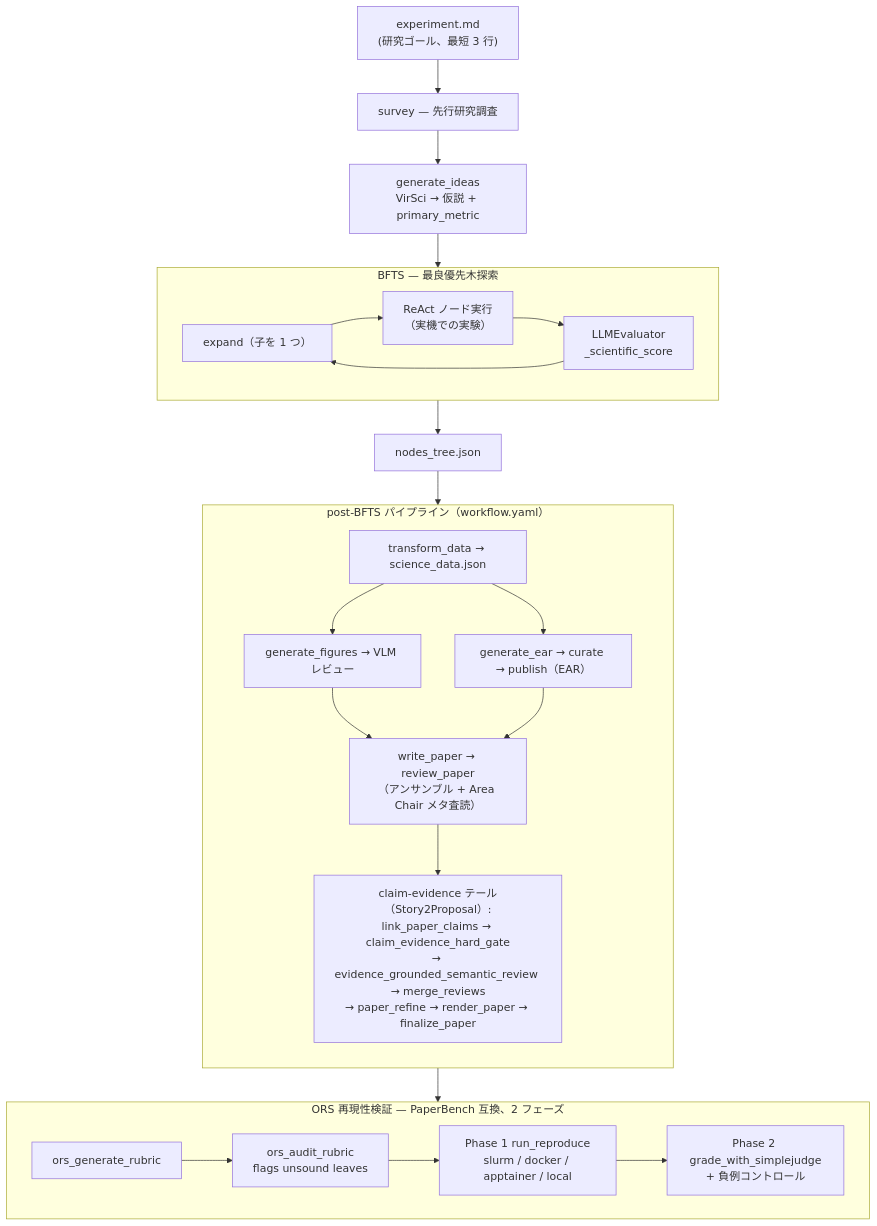
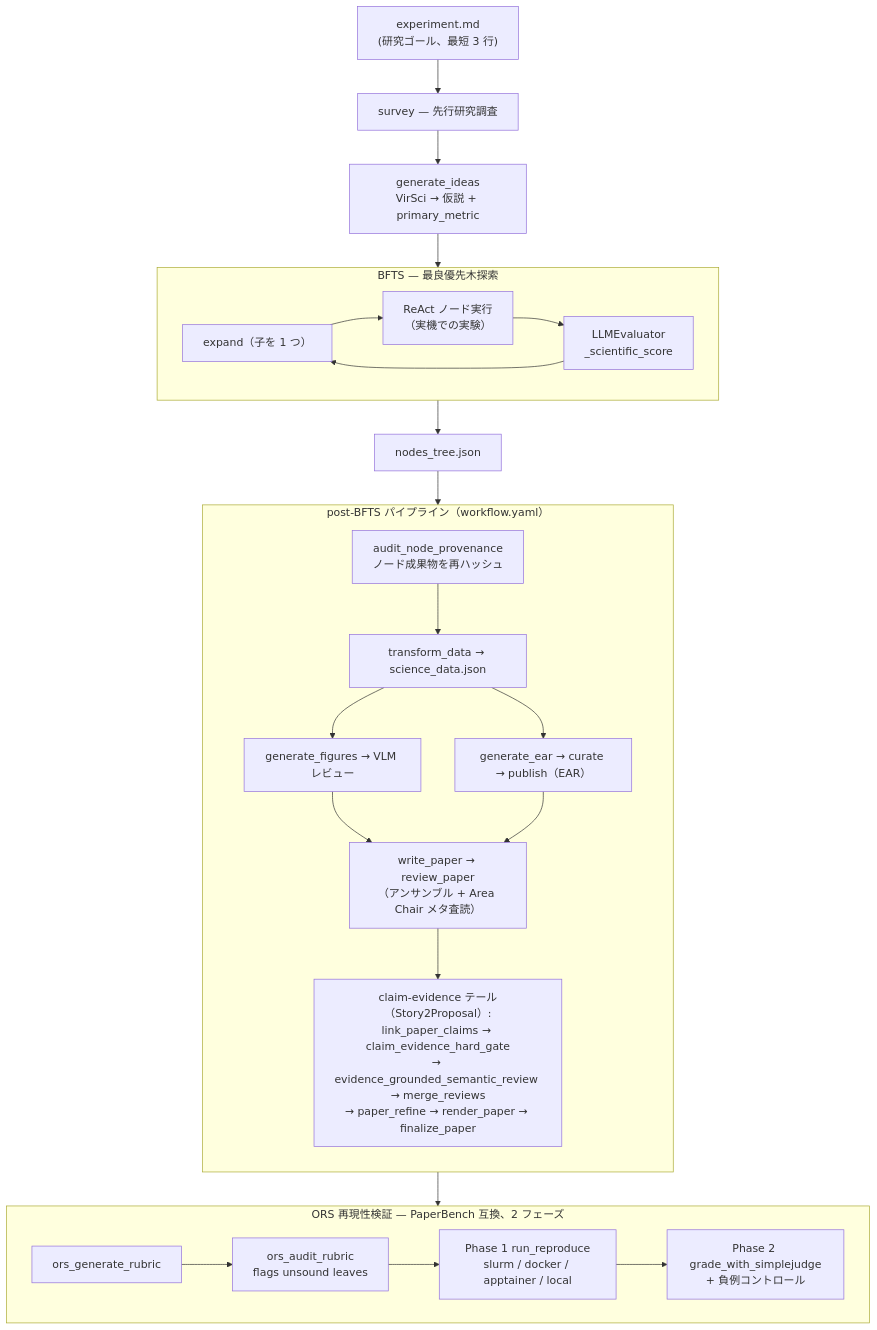
The diagram in docs/ja/concepts/architecture.md (kotama7/ARI), drawn with Mermaid before and after one commit. The commit also changed other lines of this file and 381 other files, not shown here.

````diff
--- a/docs/ja/concepts/architecture.md
+++ b/docs/ja/concepts/architecture.md
@@ -64,41 +64,43 @@
 ```mermaid
 flowchart TB
     exp["experiment.md<br/>(研究ゴール、最短 3 行)"]
     exp --> survey["survey — 先行研究調査"]
     survey --> ideas["generate_ideas<br/>VirSci → 仮説 + primary_metric"]
     ideas --> bfts
 
     subgraph bfts["BFTS — 最良優先木探索"]
         direction LR
         expand["expand（子を 1 つ）"] --> run["ReAct ノード実行<br/>（実機での実験）"]
         run --> eval["LLMEvaluator<br/>_scientific_score"]
         eval --> expand
     end
 
     bfts --> tree["nodes_tree.json"]
 
     subgraph post["post-BFTS パイプライン（workflow.yaml）"]
         direction TB
+        provenance["audit_node_provenance<br/>ノード成果物を再ハッシュ"]
         transform["transform_data → science_data.json"]
         figures["generate_figures → VLM レビュー"]
         paper["write_paper → review_paper<br/>（アンサンブル + Area Chair メタ査読）"]
         claimtail["claim-evidence テール（Story2Proposal）:<br/>link_paper_claims → claim_evidence_hard_gate<br/>→ evidence_grounded_semantic_review → merge_reviews<br/>→ paper_refine → render_paper → finalize_paper"]
         ear["generate_ear → curate → publish（EAR）"]
+        provenance --> transform
         transform --> figures
         transform --> ear
         figures --> paper
         ear --> paper
         paper --> claimtail
     end
 
     tree --> post
 
     subgraph ors["ORS 再現性検証 — PaperBench 互換、2 フェーズ"]
         direction LR
         rubric["ors_generate_rubric"] --> audit["ors_audit_rubric<br/>flags unsound leaves"]
         audit --> p1["Phase 1 run_reproduce<br/>slurm / docker / apptainer / local"]
         p1 --> p2["Phase 2 grade_with_simplejudge<br/>+ 負例コントロール"]
     end
 
     post --> ors
 ```
````
